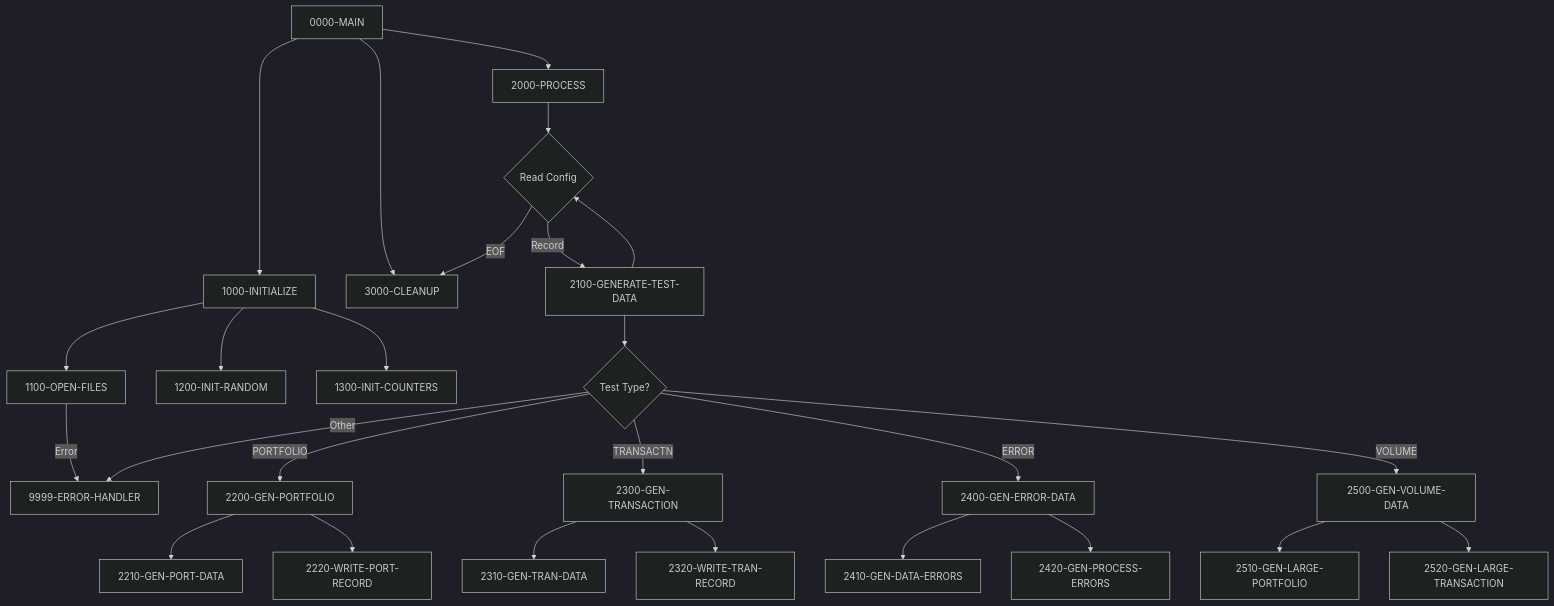
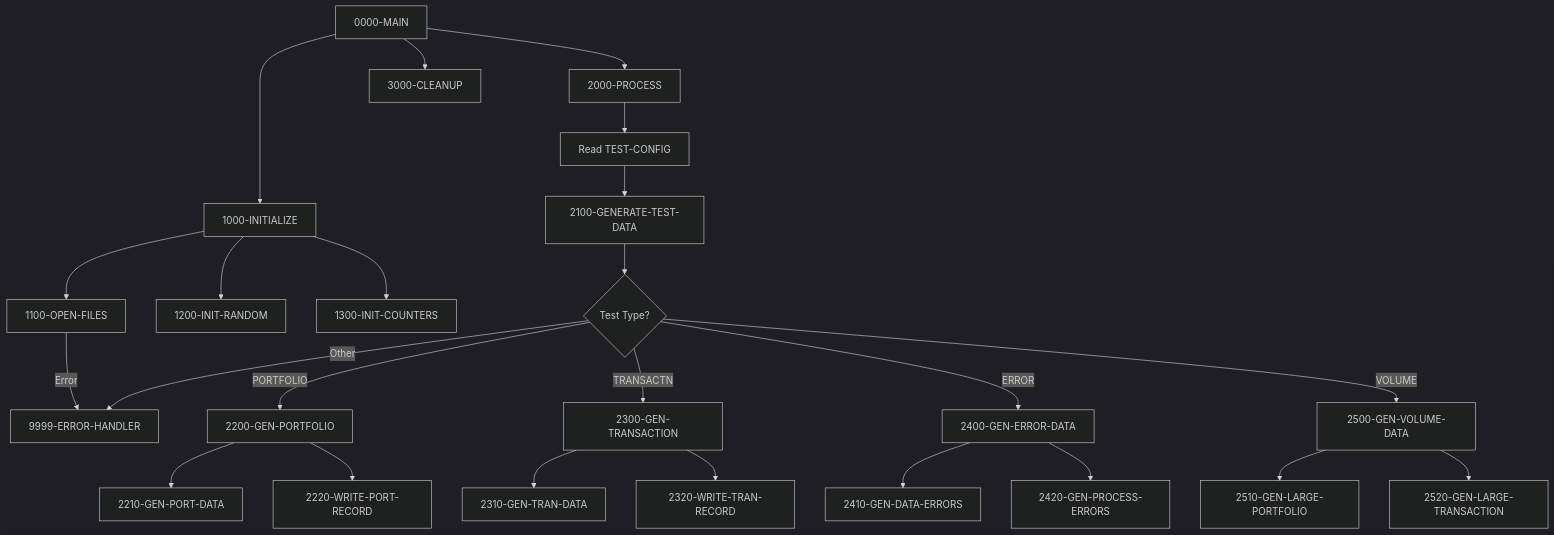
Before and after one commit to haladir-com/legacy-benchmark-docs-vb70e1: the diagram in docs/programs/TSTGEN00.mdx, drawn with Mermaid (dark theme). The commit also changed other lines of this file and 63 other files, not shown here.

````diff
--- a/docs/programs/TSTGEN00.mdx
+++ b/docs/programs/TSTGEN00.mdx
@@ -22,37 +24,34 @@
 ```mermaid
 graph TD
     A[0000-MAIN] --> B[1000-INITIALIZE]
     A --> C[2000-PROCESS]
     A --> D[3000-CLEANUP]
     
     B --> B1[1100-OPEN-FILES]
     B --> B2[1200-INIT-RANDOM]
     B --> B3[1300-INIT-COUNTERS]
     
-    B1 --> |Error| E[9999-ERROR-HANDLER]
+    B1 -->|Error| E[9999-ERROR-HANDLER]
     
-    C --> C1{Read Config}
-    C1 --> |EOF| D
-    C1 --> |Record| C2[2100-GENERATE-TEST-DATA]
+    C --> C1[Read TEST-CONFIG]
+    C1 --> C2[2100-GENERATE-TEST-DATA]
+    C2 --> C3{Test Type?}
     
-    C2 --> C3{Test Type?}
-    C3 --> |PORTFOLIO| C4[2200-GEN-PORTFOLIO]
-    C3 --> |TRANSACTN| C5[2300-GEN-TRANSACTION]
-    C3 --> |ERROR| C6[2400-GEN-ERROR-DATA]
-    C3 --> |VOLUME| C7[2500-GEN-VOLUME-DATA]
-    C3 --> |Other| E
+    C3 -->|PORTFOLIO| D1[2200-GEN-PORTFOLIO]
+    C3 -->|TRANSACTN| D2[2300-GEN-TRANSACTION]
+    C3 -->|ERROR| D3[2400-GEN-ERROR-DATA]
+    C3 -->|VOLUME| D4[2500-GEN-VOLUME-DATA]
+    C3 -->|Other| E
     
-    C4 --> C4A[2210-GEN-PORT-DATA]
-    C4 --> C4B[2220-WRITE-PORT-RECORD]
+    D1 --> D1A[2210-GEN-PORT-DATA]
+    D1 --> D1B[2220-WRITE-PORT-RECORD]
     
-    C5 --> C5A[2310-GEN-TRAN-DATA]
-    C5 --> C5B[2320-WRITE-TRAN-RECORD]
+    D2 --> D2A[2310-GEN-TRAN-DATA]
+    D2 --> D2B[2320-WRITE-TRAN-RECORD]
     
-    C6 --> C6A[2410-GEN-DATA-ERRORS]
-    C6 --> C6B[2420-GEN-PROCESS-ERRORS]
+    D3 --> D3A[2410-GEN-DATA-ERRORS]
+    D3 --> D3B[2420-GEN-PROCESS-ERRORS]
     
-    C7 --> C7A[2510-GEN-LARGE-PORTFOLIO]
-    C7 --> C7B[2520-GEN-LARGE-TRANSACTION]
-    
-    C2 --> C1
+    D4 --> D4A[2510-GEN-LARGE-PORTFOLIO]
+    D4 --> D4B[2520-GEN-LARGE-TRANSACTION]
 ```
````
